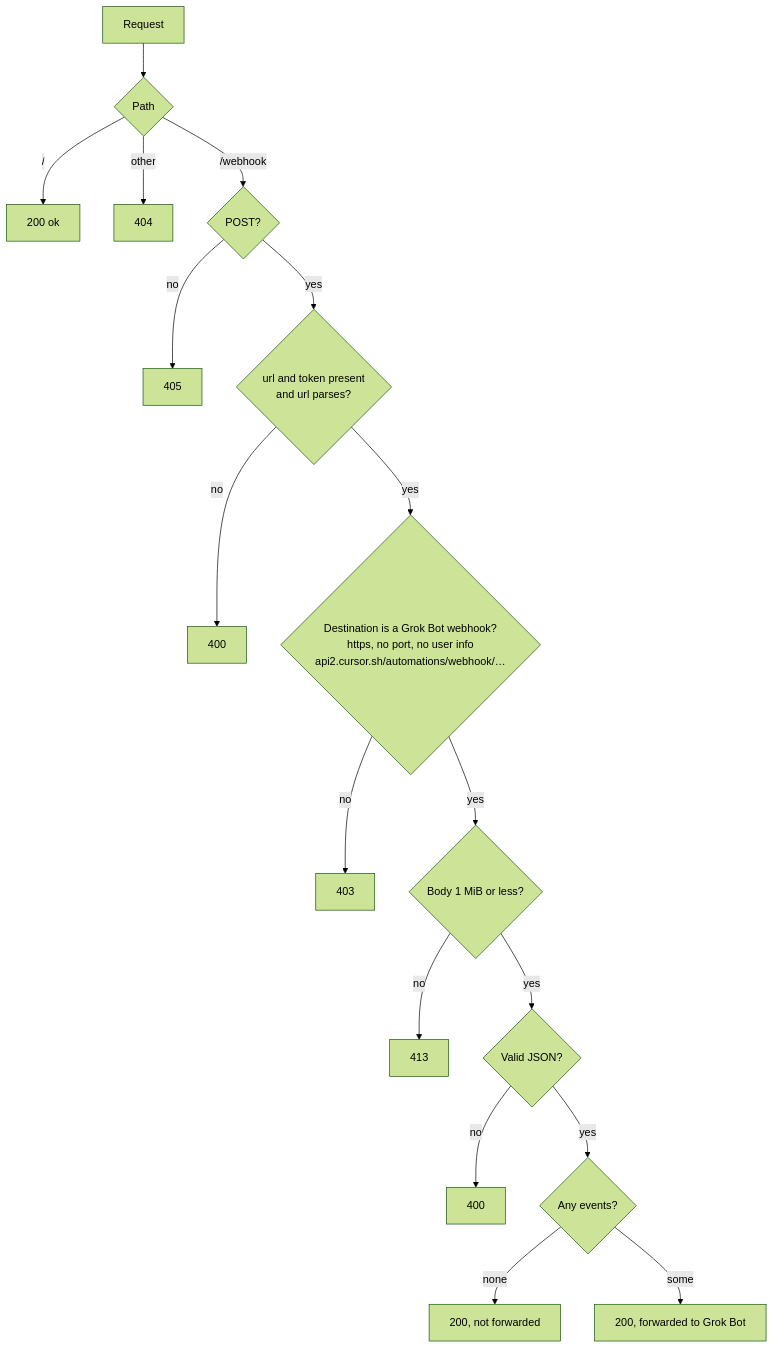
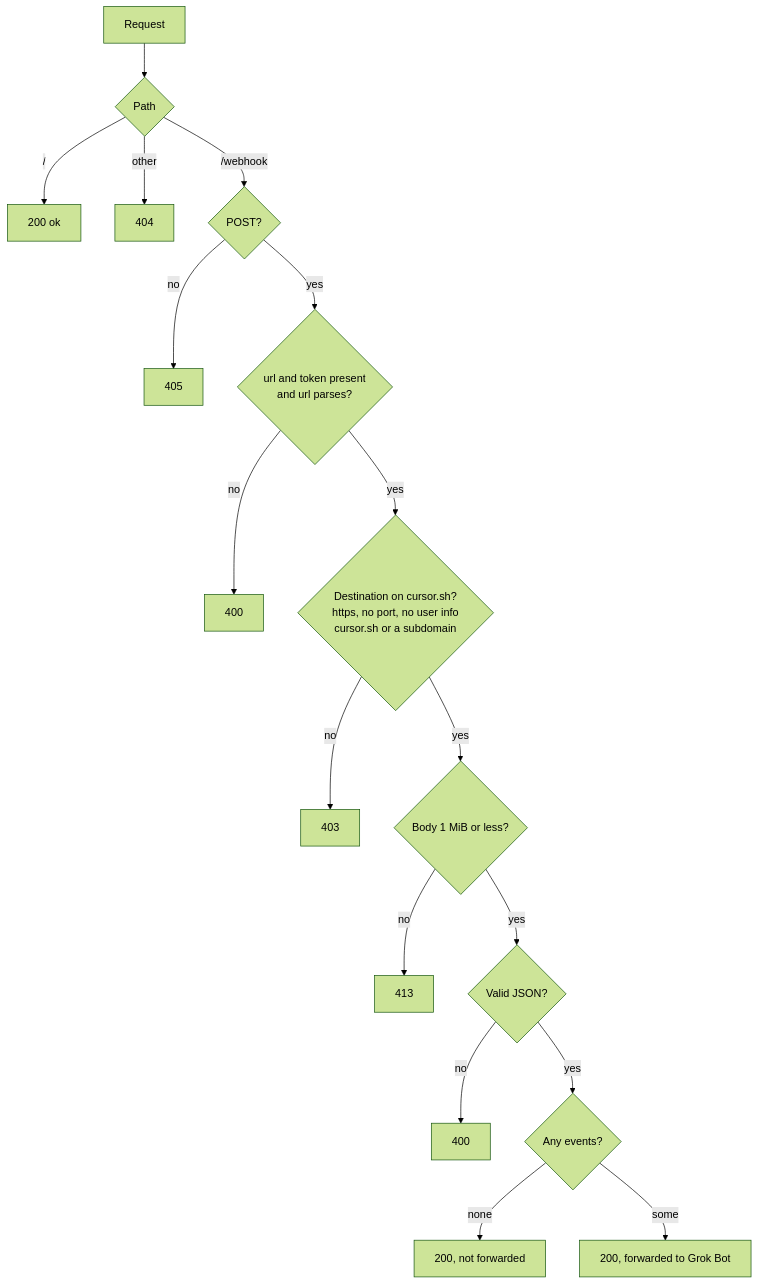
The second of 2 diagrams in README.en.md (keesmark/grok-bot-harness-line), drawn with Mermaid (forest theme) before and after one commit. The commit also changed other lines of this file and 4 other files, not shown here.

First line of the commit message:
Allow any https URL on cursor.sh instead of one fixed webhook path

````diff
--- a/README.en.md
+++ b/README.en.md
@@ -65,19 +65,19 @@
 ```mermaid
 flowchart TD
     A[Request] --> B{Path}
     B -- / --> OK[200 ok]
     B -- other --> N404[404]
     B -- /webhook --> C{POST?}
     C -- no --> N405[405]
     C -- yes --> D{url and token present<br/>and url parses?}
     D -- no --> N400a[400]
-    D -- yes --> E{Destination is a Grok Bot webhook?<br/>https, no port, no user info<br/>api2.cursor.sh/automations/webhook/…}
+    D -- yes --> E{Destination on cursor.sh?<br/>https, no port, no user info<br/>cursor.sh or a subdomain}
     E -- no --> N403[403]
     E -- yes --> F{Body 1 MiB or less?}
     F -- no --> N413[413]
     F -- yes --> G{Valid JSON?}
     G -- no --> N400b[400]
     G -- yes --> H{Any events?}
     H -- none --> R200a[200, not forwarded]
     H -- some --> R200b[200, forwarded to Grok Bot]
 ```
````
